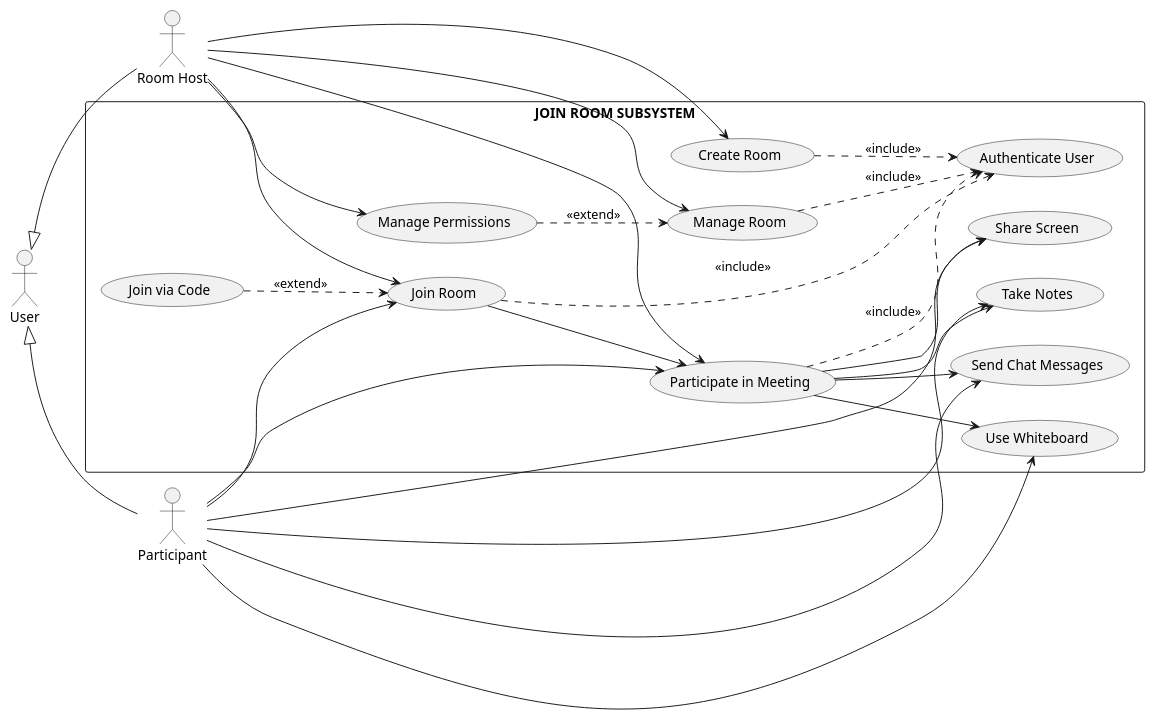
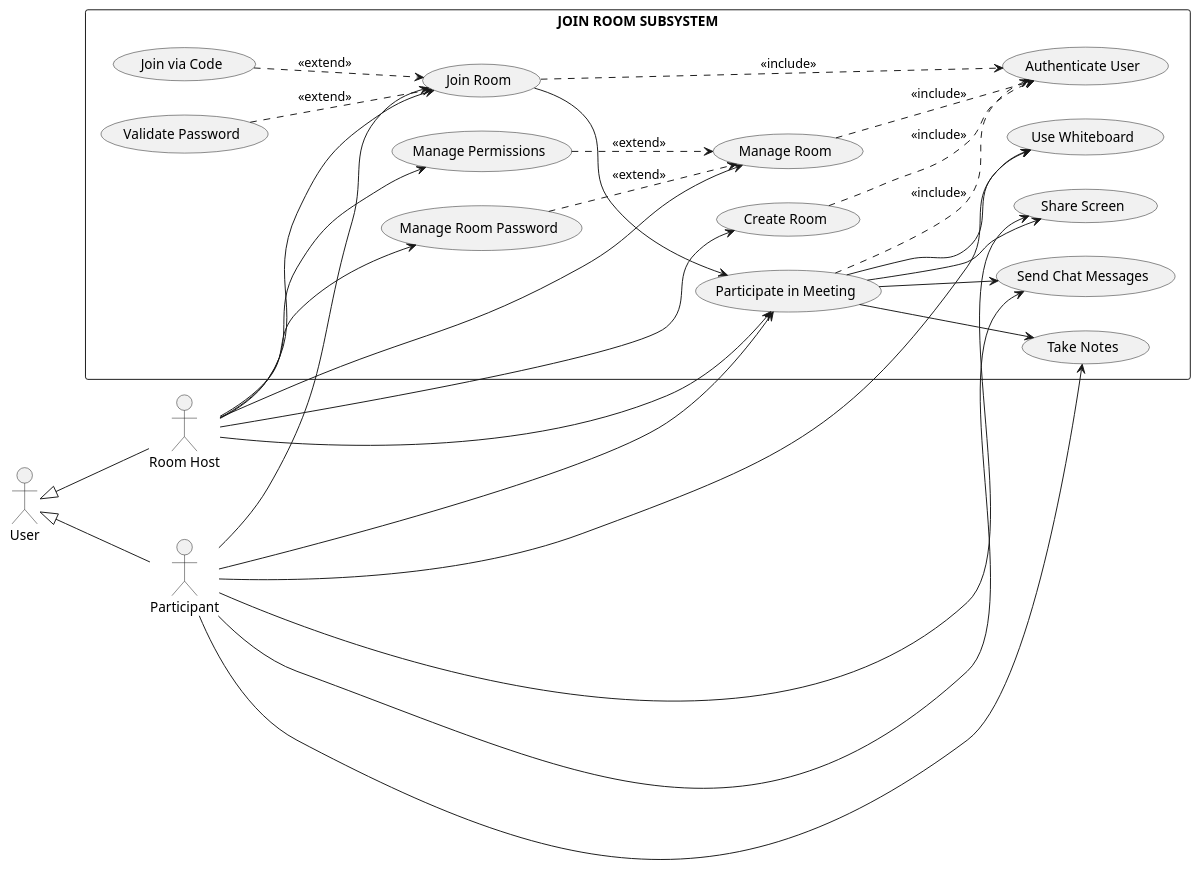
Before and after one commit to pho-veteran/stoom: the third of 19 diagrams in reports.md, drawn with PlantUML. The commit also changed other lines of this file and 11 other files, not shown here.

````diff
--- a/reports.md
+++ b/reports.md
@@ -307,55 +354,60 @@
 ```plantuml
 @startuml
 left to right direction
 skinparam packageStyle rectangle
 skinparam monochrome true
 
 actor User
 actor "Room Host" as RoomHost
 actor "Participant" as Participant
 User <|-- RoomHost
 User <|-- Participant
 
 rectangle "JOIN ROOM SUBSYSTEM" {
     usecase "Authenticate User" as UC_Auth
     usecase "Create Room" as UC_CreateRoom
     usecase "Join Room" as UC_JoinRoom
     usecase "Join via Code" as UC_JoinCode
+    usecase "Validate Password" as UC_ValidatePassword
     usecase "Manage Room" as UC_ManageRoom
     usecase "Manage Permissions" as UC_ManagePermissions
+    usecase "Manage Room Password" as UC_ManagePassword
     usecase "Participate in Meeting" as UC_Participate
     usecase "Share Screen" as UC_ScreenShare
     usecase "Use Whiteboard" as UC_Whiteboard
     usecase "Take Notes" as UC_Notes
     usecase "Send Chat Messages" as UC_Chat
 }
 
 RoomHost --> UC_CreateRoom
 RoomHost --> UC_ManageRoom
 RoomHost --> UC_ManagePermissions
+RoomHost --> UC_ManagePassword
 RoomHost --> UC_JoinRoom
 RoomHost --> UC_Participate
 
 Participant --> UC_JoinRoom
 Participant --> UC_Participate
 Participant --> UC_ScreenShare
 Participant --> UC_Whiteboard
 Participant --> UC_Notes
 Participant --> UC_Chat
 
 UC_CreateRoom ..> UC_Auth : <<include>>
 UC_JoinRoom ..> UC_Auth : <<include>>
 UC_ManageRoom ..> UC_Auth : <<include>>
 UC_Participate ..> UC_Auth : <<include>>
 
 UC_JoinCode ..> UC_JoinRoom : <<extend>>
+UC_ValidatePassword ..> UC_JoinRoom : <<extend>>
 UC_ManagePermissions ..> UC_ManageRoom : <<extend>>
+UC_ManagePassword ..> UC_ManageRoom : <<extend>>
 
 UC_JoinRoom --> UC_Participate
 UC_Participate --> UC_ScreenShare
 UC_Participate --> UC_Whiteboard
 UC_Participate --> UC_Notes
 UC_Participate --> UC_Chat
 
 @enduml
 ```
````
